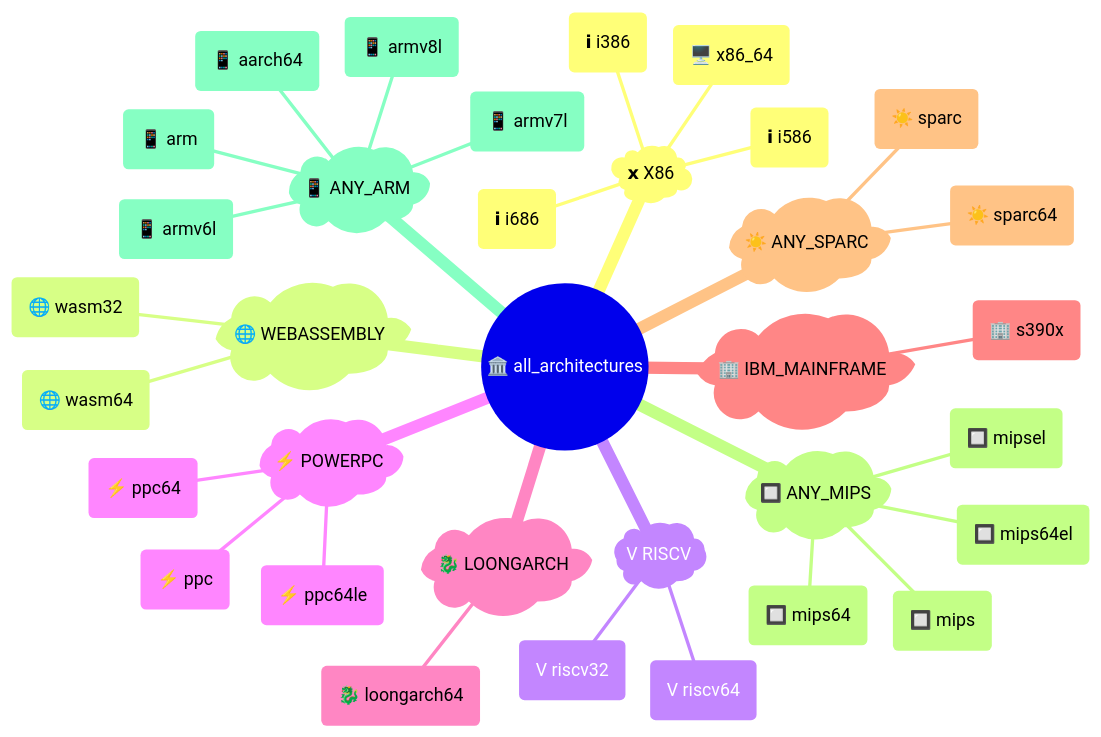
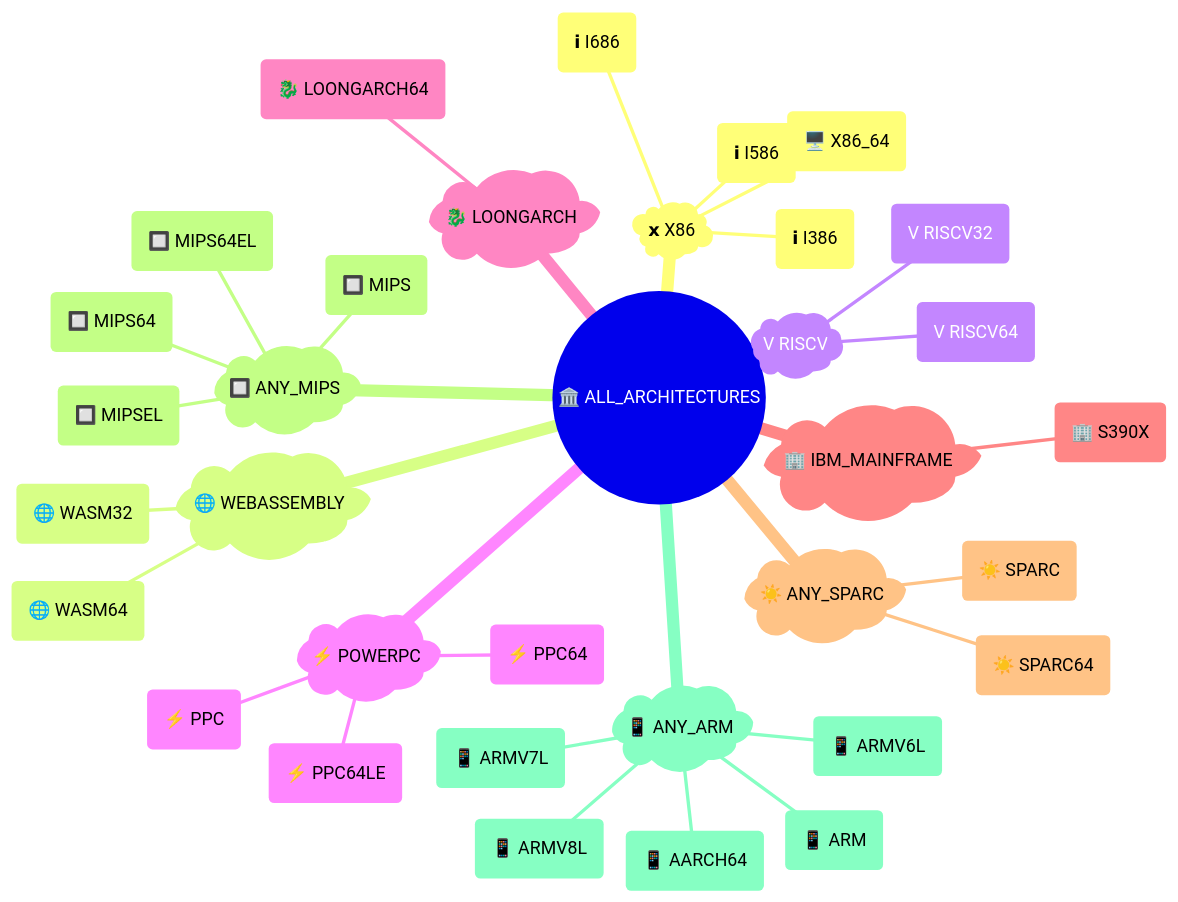
Before and after one commit to kdeldycke/extra-platforms: the second of 2 diagrams in docs/architectures.md, drawn with Mermaid. The commit also changed other lines of this file and 4 other files, not shown here.

Commit message:
Use symbols everywhere in the diagrams

````diff
--- a/docs/architectures.md
+++ b/docs/architectures.md
@@ -133,40 +133,40 @@
 ```mermaid
 ---
 config: {"mindmap": {"padding": 5}}
 ---
 mindmap
-    ((🏛️ all_architectures))
+    ((🏛️ ALL_ARCHITECTURES))
         )𝘅 X86(
-            (𝗶 i386)
-            (𝗶 i586)
-            (𝗶 i686)
-            (🖥️ x86_64)
+            (𝗶 I386)
+            (𝗶 I586)
+            (𝗶 I686)
+            (🖥️ X86_64)
         )🌐 WEBASSEMBLY(
-            (🌐 wasm32)
-            (🌐 wasm64)
+            (🌐 WASM32)
+            (🌐 WASM64)
         )Ⅴ RISCV(
-            (Ⅴ riscv32)
-            (Ⅴ riscv64)
+            (Ⅴ RISCV32)
+            (Ⅴ RISCV64)
         )⚡ POWERPC(
-            (⚡ ppc)
-            (⚡ ppc64)
-            (⚡ ppc64le)
+            (⚡ PPC)
+            (⚡ PPC64)
+            (⚡ PPC64LE)
         )🐉 LOONGARCH(
-            (🐉 loongarch64)
+            (🐉 LOONGARCH64)
         )🏢 IBM_MAINFRAME(
-            (🏢 s390x)
+            (🏢 S390X)
         )☀️ ANY_SPARC(
-            (☀️ sparc)
-            (☀️ sparc64)
+            (☀️ SPARC)
+            (☀️ SPARC64)
         )🔲 ANY_MIPS(
-            (🔲 mips)
-            (🔲 mips64)
-            (🔲 mips64el)
-            (🔲 mipsel)
+            (🔲 MIPS)
+            (🔲 MIPS64)
+            (🔲 MIPS64EL)
+            (🔲 MIPSEL)
         )📱 ANY_ARM(
-            (📱 aarch64)
-            (📱 arm)
-            (📱 armv6l)
-            (📱 armv7l)
-            (📱 armv8l)
+            (📱 AARCH64)
+            (📱 ARM)
+            (📱 ARMV6L)
+            (📱 ARMV7L)
+            (📱 ARMV8L)
 ```
````
